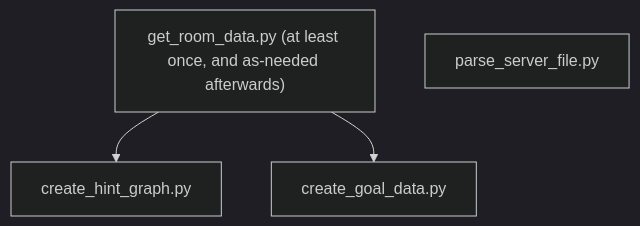
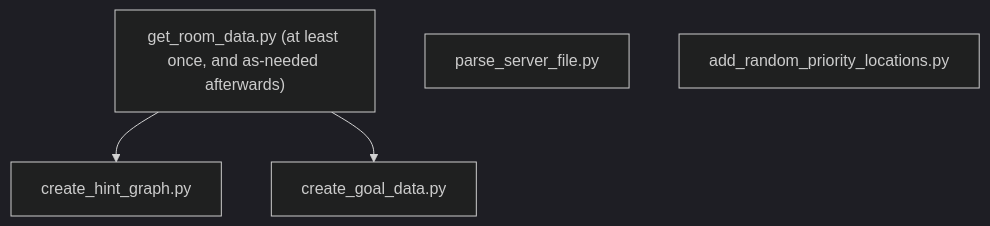
The diagram in README.md (lammyson/AP-Data-Scripts), drawn with Mermaid (dark theme) before and after one commit. The commit also changed other lines of this file, not shown here.

````diff
--- a/README.md
+++ b/README.md
@@ -21,9 +22,10 @@
 ```mermaid
 flowchart TD;
    A["get_room_data.py (at least once, and as-needed afterwards)"];
    B[create_hint_graph.py];
    C[create_goal_data.py];
    D[parse_server_file.py];
+   E[add_random_priority_locations.py];
    A --> B;
    A --> C;
 ```
````
